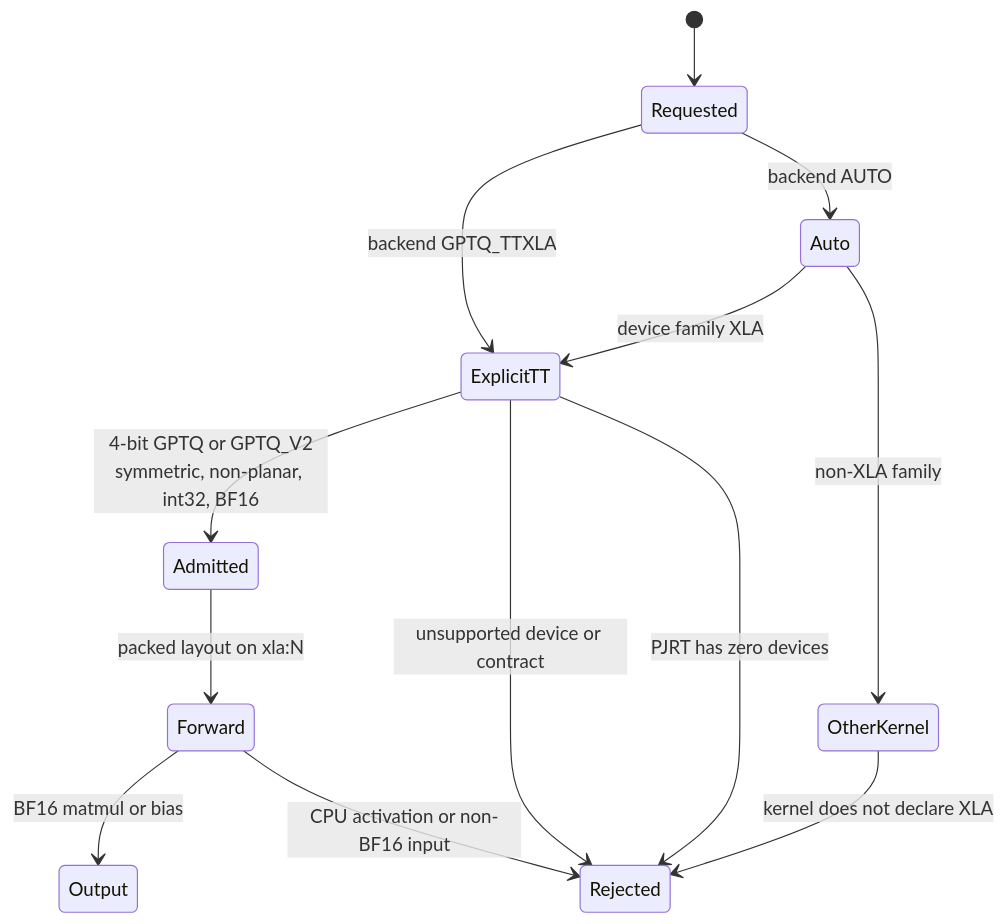
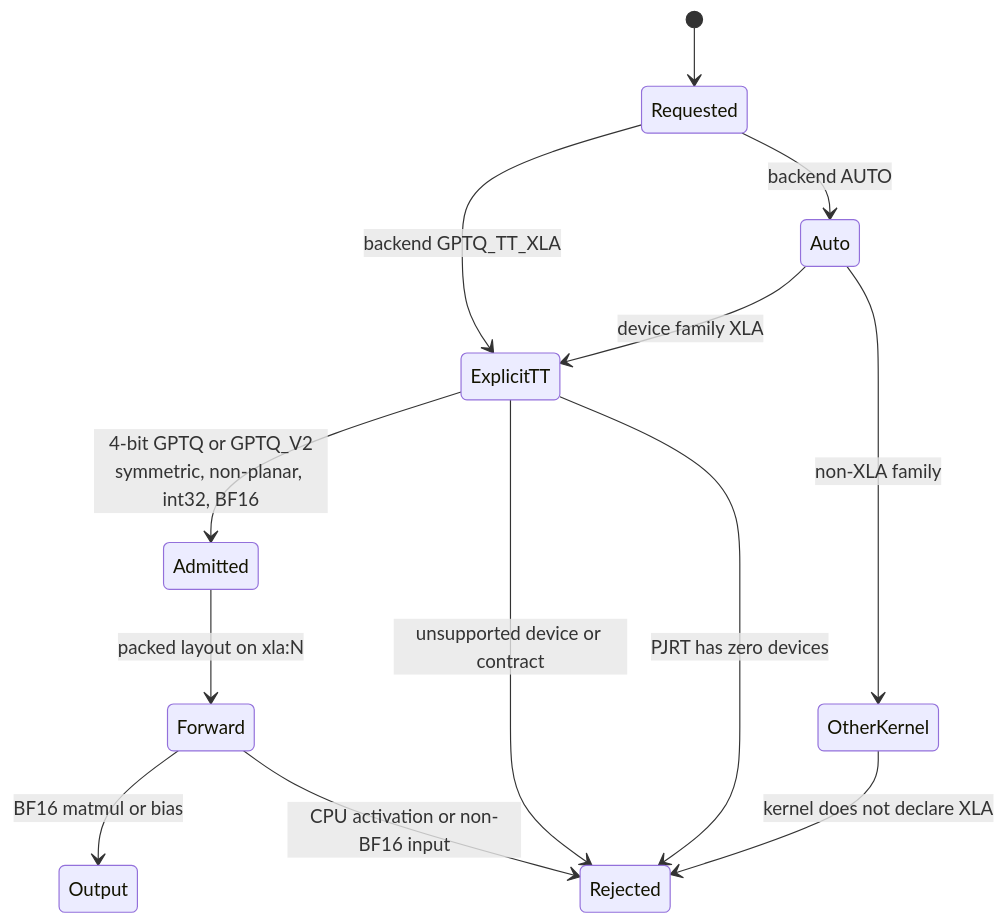
The third of 3 diagrams in docs/tenstorrent.md (ModelCloud/GPTQModel), drawn with Mermaid before and after one commit. The commit also changed other lines of this file and 6 other files, not shown here.

Commit message:
refactor(tenstorrent): use XLALinear and GPTQ_TT_XLA

````diff
--- a/docs/tenstorrent.md
+++ b/docs/tenstorrent.md
@@ -134,18 +134,18 @@
 ```mermaid
 stateDiagram-v2
     [*] --> Requested
-    Requested --> ExplicitTT: backend GPTQ_TTXLA
+    Requested --> ExplicitTT: backend GPTQ_TT_XLA
     Requested --> Auto: backend AUTO
     Auto --> ExplicitTT: device family XLA
     Auto --> OtherKernel: non-XLA family
     ExplicitTT --> Admitted: 4-bit GPTQ or GPTQ_V2<br/>symmetric, non-planar, int32, BF16
     ExplicitTT --> Rejected: unsupported device or contract
     ExplicitTT --> Rejected: PJRT has zero devices
     OtherKernel --> Rejected: kernel does not declare XLA
     Admitted --> Forward: packed layout on xla:N
     Forward --> Output: BF16 matmul or bias
     Forward --> Rejected: CPU activation or non-BF16 input
 
     classDef bad fill:#fee2e2,stroke:#b91c1c,color:#7f1d1d;
     class Rejected bad;
 ```
````
